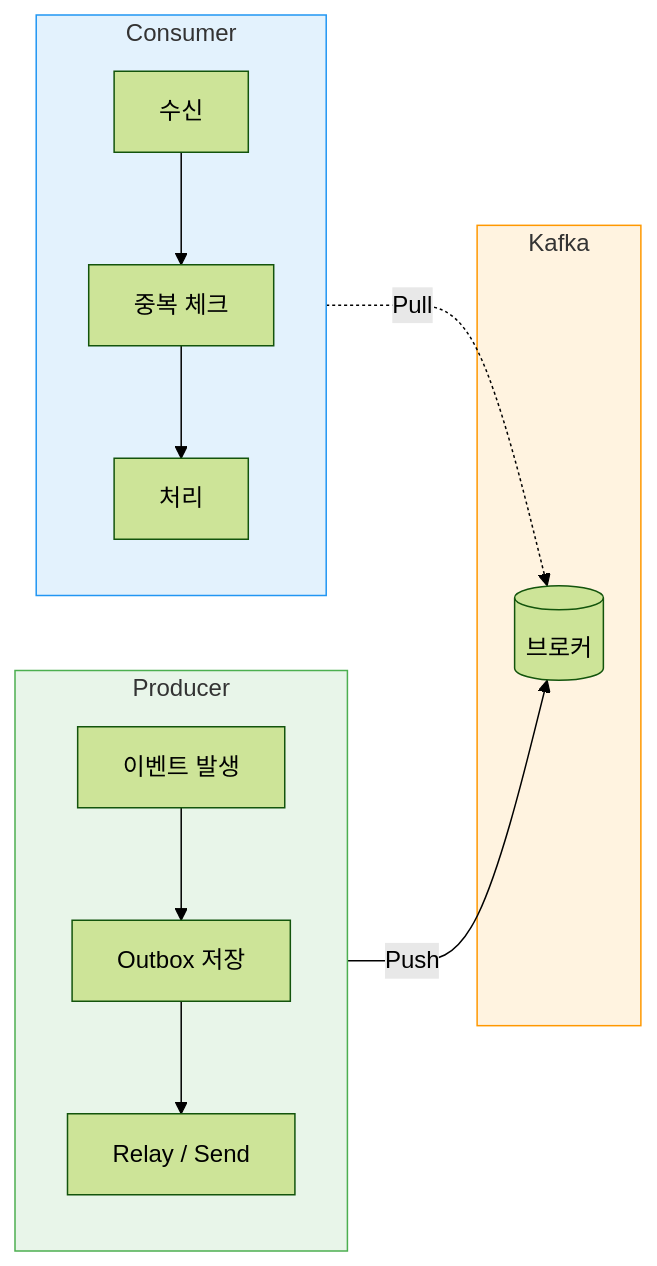
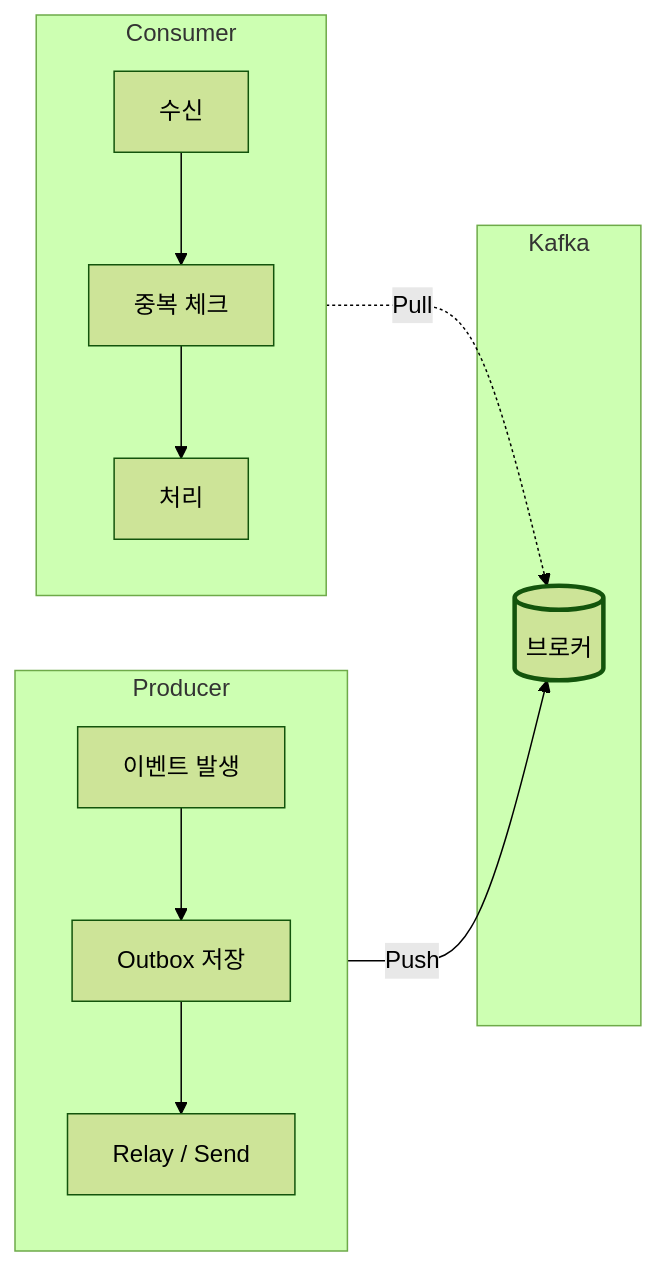
Before and after one commit to JeonJe/JeonJe.github.io: the first of 3 diagrams in _posts/loopers/2025-12-19-decoupling-with-event-by-kafka.md, drawn with Mermaid (forest theme). The commit also changed 2 other files, not shown here.

Commit message:
style: mermaid 도식이 라이트·다크 테마를 따라가도록 고정색 제거
init 디렉티브와 흰 배경, 검은 글자를 박아둔 classDef, style 선언을 걷어냈다.
배경을 칠하면 글자색은 테마가 정하므로 다크에서 연한 배경에 흰 글자가 되어 읽히지
않는다. 의미 강조는 색 대신 테두리 두께와 점선으로 바꿔 두 테마 모두에서 유지된다.

````diff
--- a/_posts/loopers/2025-12-19-decoupling-with-event-by-kafka.md
+++ b/_posts/loopers/2025-12-19-decoupling-with-event-by-kafka.md
@@ -47,29 +47,28 @@
 ```mermaid
 flowchart LR
   subgraph PRODUCER["Producer"]
     direction TB
     P1["이벤트 발생"]
     P2["Outbox 저장"]
     P3["Relay / Send"]
     P1 --> P2 --> P3
   end
 
   subgraph KAFKA["Kafka"]
     K1[("브로커")]
   end
 
   subgraph CONSUMER["Consumer"]
     direction TB
     C1["수신"]
     C2["중복 체크"]
     C3["처리"]
     C1 --> C2 --> C3
   end
 
   P3 -->|Push| K1
   C1 -.->|Pull| K1
 
-  style PRODUCER fill:#E8F5E9,stroke:#4CAF50
-  style KAFKA fill:#FFF3E0,stroke:#FF9800
-  style CONSUMER fill:#E3F2FD,stroke:#2196F3
+  classDef broker stroke-width:3px;
+  class K1 broker;
 ```
````
